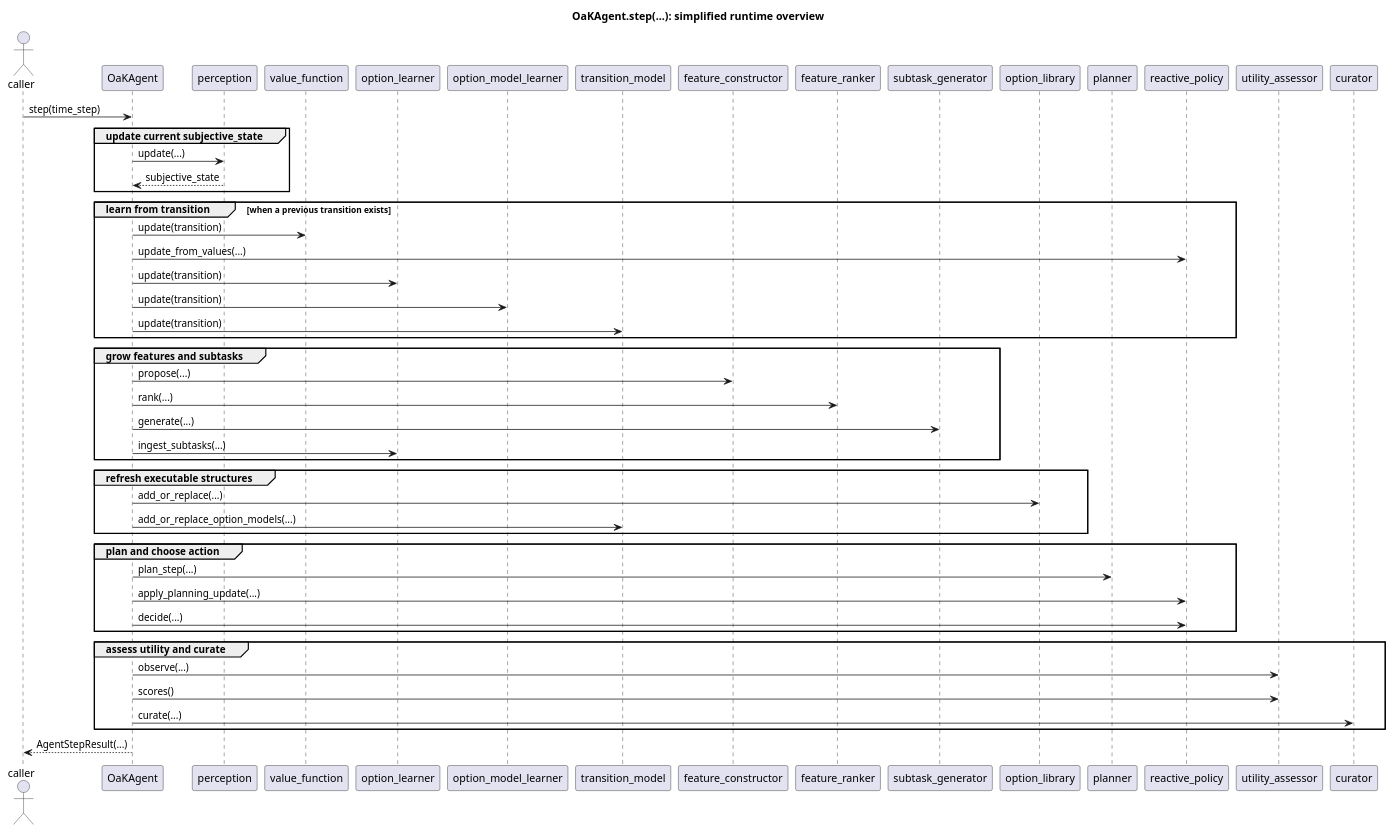
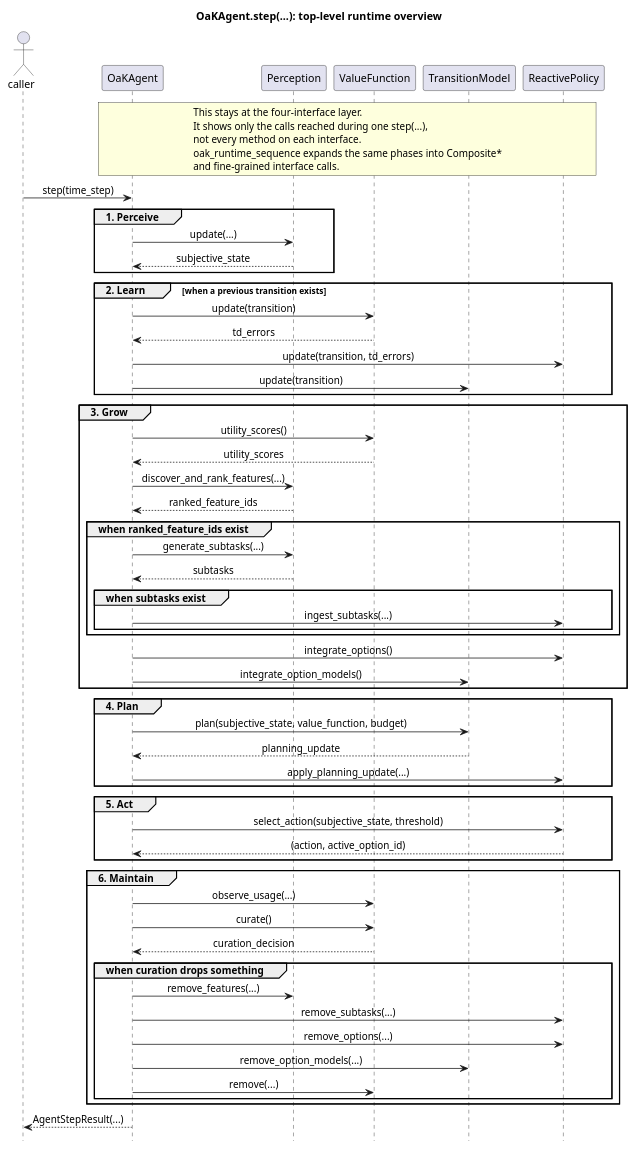
Before and after one commit to ttrenty/OaK-Architecture: the diagram in docs/diagrams/oak_runtime_overview.puml, drawn with PlantUML. The commit also changed 18 other files, not shown here.

Commit message:
feat: Create 2 levels of abstraction + Update diagrams (#5)

```diff
--- a/docs/diagrams/oak_runtime_overview.puml
+++ b/docs/diagrams/oak_runtime_overview.puml
@@ -1,61 +1,79 @@
 @startuml
-title OaKAgent.step(...): simplified runtime overview
+title OaKAgent.step(...): top-level runtime overview
+
+hide footbox
+skinparam shadowing false
+skinparam SequenceMessageAlign center
 
 actor caller
 participant OaKAgent
-participant perception
-participant value_function
-participant option_learner
-participant option_model_learner
-participant transition_model
-participant feature_constructor
-participant feature_ranker
-participant subtask_generator
-participant option_library
-participant planner
-participant reactive_policy
-participant utility_assessor
-participant curator
+participant Perception
+participant ValueFunction
+participant TransitionModel
+participant ReactivePolicy
+
+rnote over OaKAgent, ReactivePolicy
+This stays at the four-interface layer.
+It shows only the calls reached during one step(...),
+not every method on each interface.
+oak_runtime_sequence expands the same phases into Composite*
+and fine-grained interface calls.
+endrnote
 
 caller -> OaKAgent : step(time_step)
 
-group update current subjective_state
-  OaKAgent -> perception : update(...)
-  perception --> OaKAgent : subjective_state
+group 1. Perceive
+  OaKAgent -> Perception : update(...)
+  Perception --> OaKAgent : subjective_state
 end
 
-group learn from transition [when a previous transition exists]
-  OaKAgent -> value_function : update(transition)
-  OaKAgent -> reactive_policy : update_from_values(...)
-  OaKAgent -> option_learner : update(transition)
-  OaKAgent -> option_model_learner : update(transition)
-  OaKAgent -> transition_model : update(transition)
+group 2. Learn [when a previous transition exists]
+  OaKAgent -> ValueFunction : update(transition)
+  ValueFunction --> OaKAgent : td_errors
+  OaKAgent -> ReactivePolicy : update(transition, td_errors)
+  OaKAgent -> TransitionModel : update(transition)
 end
 
-group grow features and subtasks
-  OaKAgent -> feature_constructor : propose(...)
-  OaKAgent -> feature_ranker : rank(...)
-  OaKAgent -> subtask_generator : generate(...)
-  OaKAgent -> option_learner : ingest_subtasks(...)
+group 3. Grow
+  OaKAgent -> ValueFunction : utility_scores()
+  ValueFunction --> OaKAgent : utility_scores
+  OaKAgent -> Perception : discover_and_rank_features(...)
+  Perception --> OaKAgent : ranked_feature_ids
+  group when ranked_feature_ids exist
+    OaKAgent -> Perception : generate_subtasks(...)
+    Perception --> OaKAgent : subtasks
+    group when subtasks exist
+      OaKAgent -> ReactivePolicy : ingest_subtasks(...)
+    end
+  end
+  OaKAgent -> ReactivePolicy : integrate_options()
+  OaKAgent -> TransitionModel : integrate_option_models()
 end
 
-group refresh executable structures
-  OaKAgent -> option_library : add_or_replace(...)
-  OaKAgent -> transition_model : add_or_replace_option_models(...)
+group 4. Plan
+  OaKAgent -> TransitionModel : plan(subjective_state, value_function, budget)
+  TransitionModel --> OaKAgent : planning_update
+  OaKAgent -> ReactivePolicy : apply_planning_update(...)
 end
 
-group plan and choose action
-  OaKAgent -> planner : plan_step(...)
-  OaKAgent -> reactive_policy : apply_planning_update(...)
-  OaKAgent -> reactive_policy : decide(...)
+group 5. Act
+  OaKAgent -> ReactivePolicy : select_action(subjective_state, threshold)
+  ReactivePolicy --> OaKAgent : (action, active_option_id)
 end
 
-group assess utility and curate
-  OaKAgent -> utility_assessor : observe(...)
-  OaKAgent -> utility_assessor : scores()
-  OaKAgent -> curator : curate(...)
+group 6. Maintain
+  OaKAgent -> ValueFunction : observe_usage(...)
+  OaKAgent -> ValueFunction : curate()
+  ValueFunction --> OaKAgent : curation_decision
+  group when curation drops something
+    OaKAgent -> Perception : remove_features(...)
+    OaKAgent -> ReactivePolicy : remove_subtasks(...)
+    OaKAgent -> ReactivePolicy : remove_options(...)
+    OaKAgent -> TransitionModel : remove_option_models(...)
+    OaKAgent -> ValueFunction : remove(...)
+  end
 end
 
 OaKAgent --> caller : AgentStepResult(...)
 
 @enduml
```
